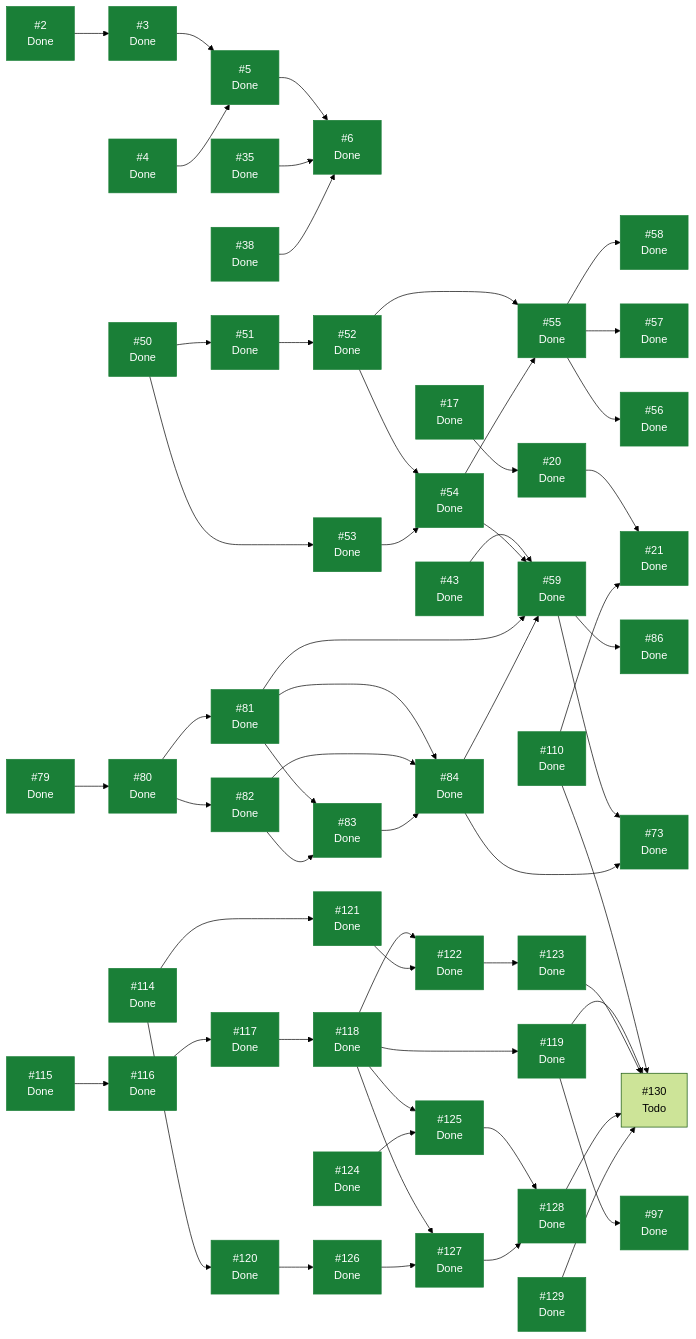
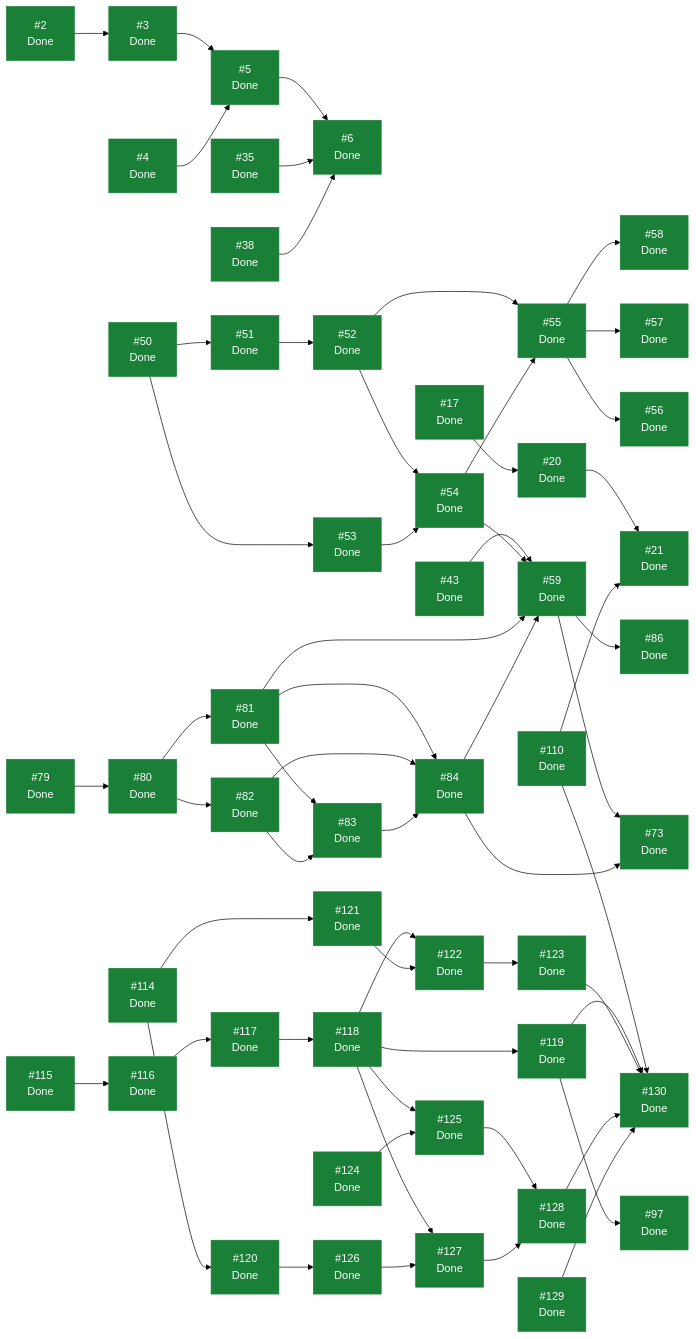
One commit to ecamp0s/evault changed the diagram in docs/planning/STATUS.md. Above: the diagram before and after it, drawn with Mermaid (forest theme). The commit also changed other lines of this file, not shown here.

````diff
--- a/docs/planning/STATUS.md
+++ b/docs/planning/STATUS.md
@@ -185,7 +184,7 @@
   I127["#127<br/>Done"]
   I128["#128<br/>Done"]
   I129["#129<br/>Done"]
-  I130["#130<br/>Todo"]
+  I130["#130<br/>Done"]
   I2 --> I3
   I3 --> I5
   I4 --> I5
@@ -243,5 +242,5 @@
   I128 --> I130
   I129 --> I130
   classDef hecho fill:#1a7f37,stroke:#1a7f37,color:#fff;
-  class I2,I3,I4,I5,I6,I17,I20,I21,I35,I38,I43,I50,I51,I52,I53,I54,I55,I56,I57,I58,I59,I73,I79,I80,I81,I82,I83,I84,I86,I97,I110,I114,I115,I116,I117,I118,I119,I120,I121,I122,I123,I124,I125,I126,I127,I128,I129 hecho;
+  class I2,I3,I4,I5,I6,I17,I20,I21,I35,I38,I43,I50,I51,I52,I53,I54,I55,I56,I57,I58,I59,I73,I79,I80,I81,I82,I83,I84,I86,I97,I110,I114,I115,I116,I117,I118,I119,I120,I121,I122,I123,I124,I125,I126,I127,I128,I129,I130 hecho;
 ```
````
